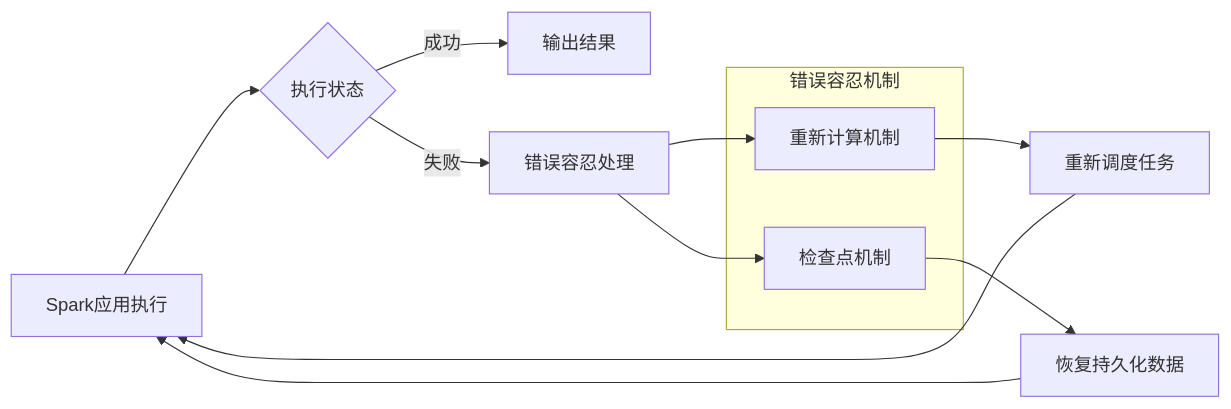
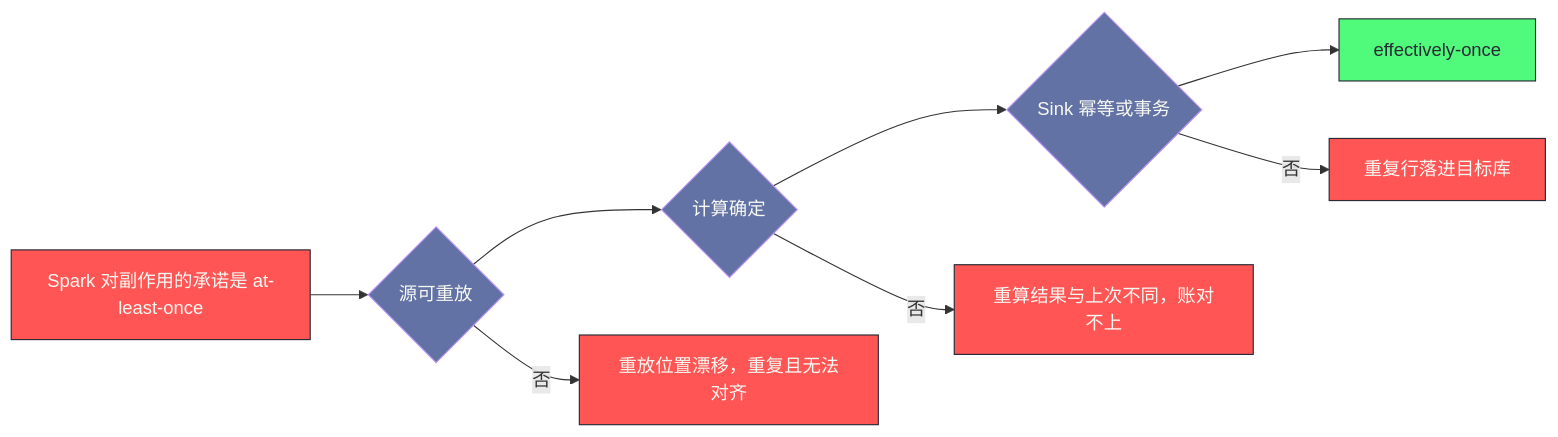
The fifth of 6 diagrams in content/大数据/Spark/读书笔记-spark内核/04_存储与容错机制/5. Spark错误容忍机制.md (hpliStartAgain/my-brain), drawn with Mermaid before and after one commit. The commit also changed other lines of this file and 259 other files, not shown here.

````diff
--- a/content/大数据/Spark/读书笔记-spark内核/04_存储与容错机制/5. Spark错误容忍机制.md
+++ b/content/大数据/Spark/读书笔记-spark内核/04_存储与容错机制/5. Spark错误容忍机制.md
@@ -88,20 +429,17 @@
 ```mermaid
+%%{init: {'theme': 'dracula'}}%%
 flowchart LR
-    A["Spark应用执行"] --> B{"执行状态"}
-    B -->|"成功"| C["输出结果"]
-    B -->|"失败"| D["错误容忍处理"]
-    
-    subgraph "错误容忍机制"
-        E["重新计算机制"]
-        F["检查点机制"]
-    end
-    
-    D --> E
-    D --> F
-    
-    E --> G["重新调度任务"]
-    F --> H["恢复持久化数据"]
-    
-    G --> A
-    H --> A
+    S["Spark 对副作用的承诺是 at-least-once"] --> C1{"源可重放"}
+    C1 --> C2{"计算确定"}
+    C2 --> C3{"Sink 幂等或事务"}
+    C3 --> E["effectively-once"]
+    C1 -- "否" --> A["重放位置漂移，重复且无法对齐"]
+    C2 -- "否" --> B["重算结果与上次不同，账对不上"]
+    C3 -- "否" --> D["重复行落进目标库"]
+    classDef bad fill:#ff5555,stroke:#282a36,color:#f8f8f2
+    classDef good fill:#50fa7b,stroke:#282a36,color:#282a36
+    classDef neutral fill:#6272a4,stroke:#bd93f9,color:#f8f8f2
+    class S,A,B,D bad
+    class E good
+    class C1,C2,C3 neutral
 ```
````
